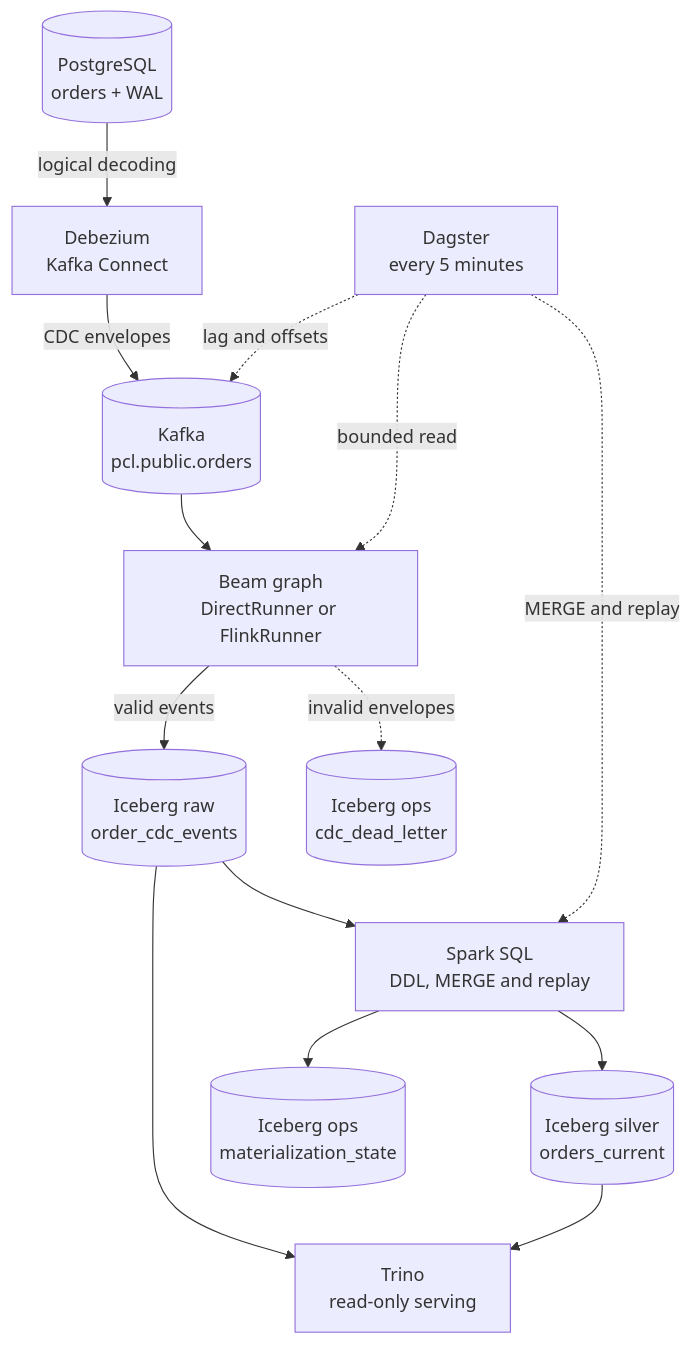
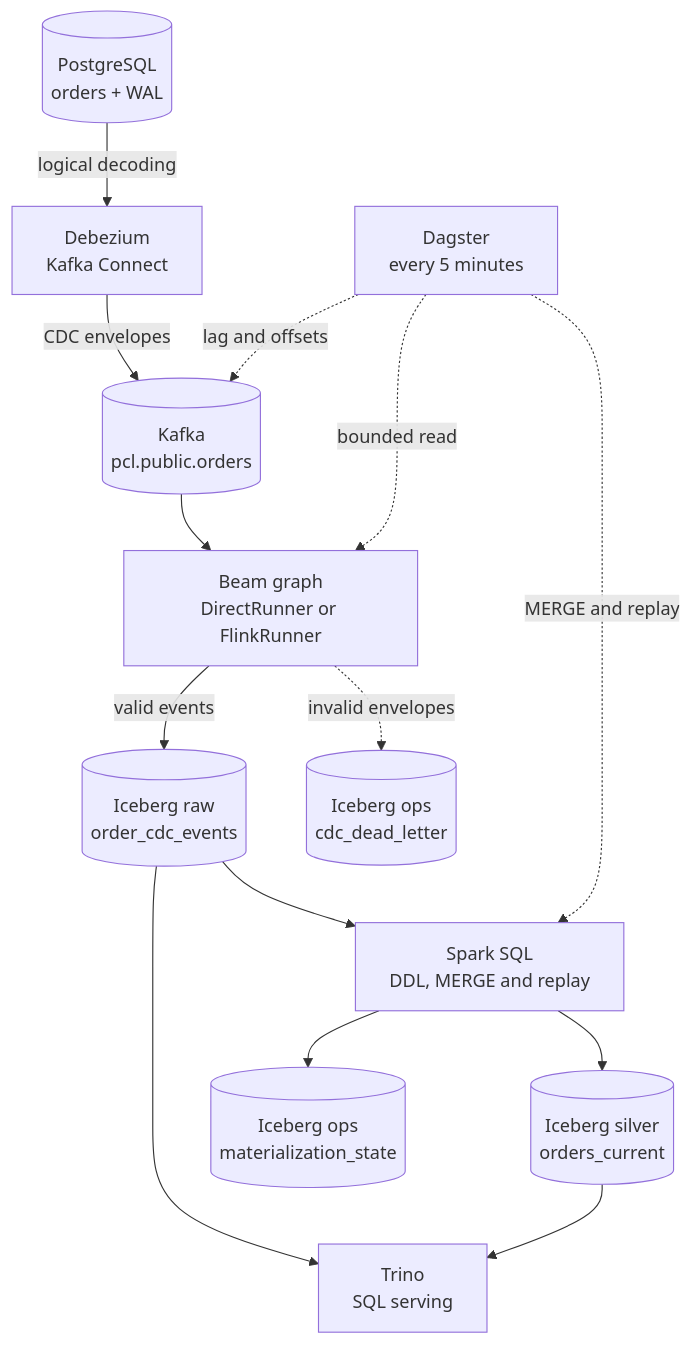
One commit to sergio11/portable_cdc_lakehouse_poc changed the first of 2 diagrams in README.md. Above: the diagram before and after it, drawn with Mermaid. The commit also changed other lines of this file, not shown here.

Commit message:
docs(readme): describe Trino as the serving layer and shorten Dagster

````diff
--- a/README.md
+++ b/README.md
@@ -50,20 +50,20 @@
 ```mermaid
 flowchart TD
     PG[(PostgreSQL<br/>orders + WAL)] -->|logical decoding| DBZ[Debezium<br/>Kafka Connect]
     DBZ -->|CDC envelopes| K[(Kafka<br/>pcl.public.orders)]
     K --> BEAM[Beam graph<br/>DirectRunner or FlinkRunner]
 
     BEAM -->|valid events| RAW[(Iceberg raw<br/>order_cdc_events)]
     BEAM -.->|invalid envelopes| DLQ[(Iceberg ops<br/>cdc_dead_letter)]
 
     RAW --> SPARK[Spark SQL<br/>DDL, MERGE and replay]
     SPARK --> SILVER[(Iceberg silver<br/>orders_current)]
     SPARK --> STATE[(Iceberg ops<br/>materialization_state)]
 
-    RAW --> TRINO[Trino<br/>read-only serving]
+    RAW --> TRINO[Trino<br/>SQL serving]
     SILVER --> TRINO
 
     DAG[Dagster<br/>every 5 minutes] -.->|lag and offsets| K
     DAG -.->|bounded read| BEAM
     DAG -.->|MERGE and replay| SPARK
 ```
````
